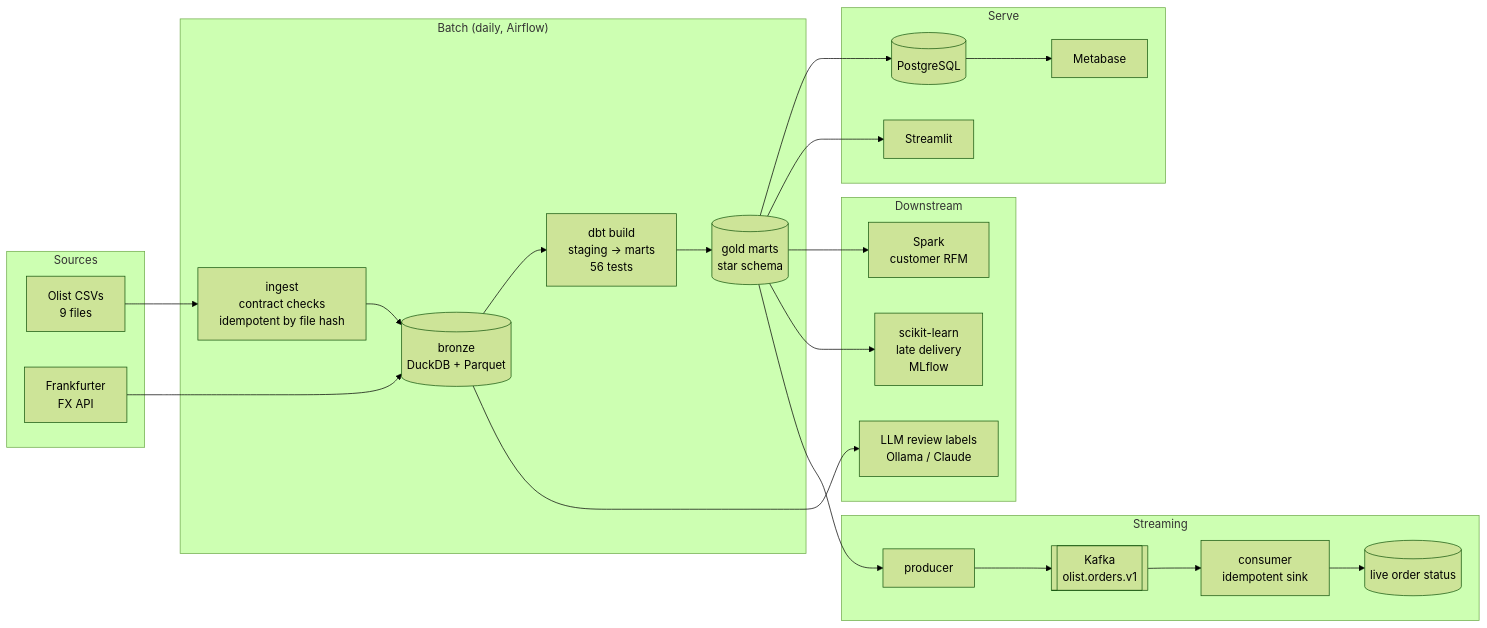
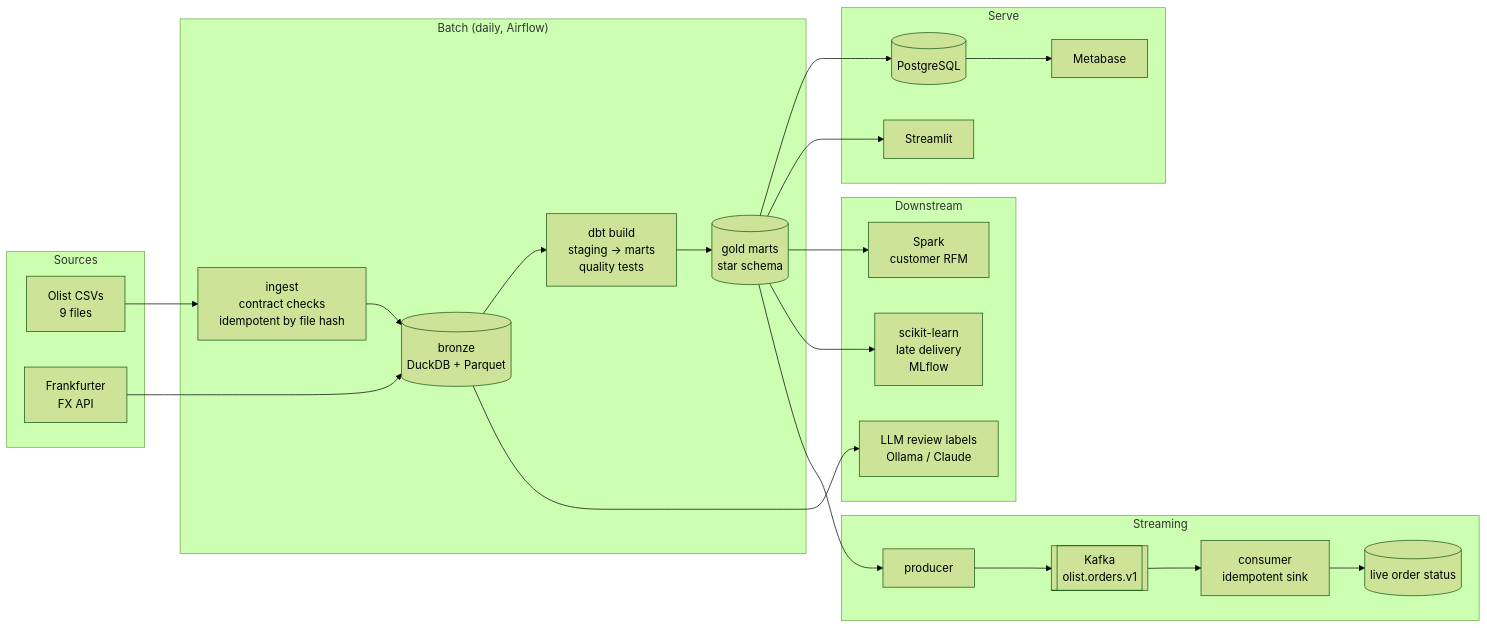
The diagram in README.md (quanw12/olistdatalab), drawn with Mermaid (forest theme) before and after one commit. The commit also changed other lines of this file and 116 other files, not shown here.

````diff
--- a/README.md
+++ b/README.md
@@ -15,36 +25,36 @@
 ```mermaid
 flowchart LR
     subgraph Sources
         CSV[Olist CSVs<br/>9 files]
         API[Frankfurter<br/>FX API]
     end
     subgraph Batch["Batch (daily, Airflow)"]
         ING[ingest<br/>contract checks<br/>idempotent by file hash]
         BR[(bronze<br/>DuckDB + Parquet)]
-        DBT[dbt build<br/>staging → marts<br/>56 tests]
+        DBT[dbt build<br/>staging → marts<br/>quality tests]
         GOLD[(gold marts<br/>star schema)]
     end
     subgraph Serve
         PG[(PostgreSQL)]
         MB[Metabase]
         ST[Streamlit]
     end
     subgraph Downstream
         SP[Spark<br/>customer RFM]
         ML[scikit-learn<br/>late delivery<br/>MLflow]
         LLM[LLM review labels<br/>Ollama / Claude]
     end
     subgraph Streaming
         KP[producer] --> K[[Kafka<br/>olist.orders.v1]] --> KC[consumer<br/>idempotent sink]
         KC --> LIVE[(live order status)]
     end
     CSV --> ING --> BR
     API --> BR
     BR --> DBT --> GOLD
     GOLD --> PG --> MB
     GOLD --> ST
     GOLD --> SP
     GOLD --> ML
     BR --> LLM
     GOLD --> KP
 ```
````
